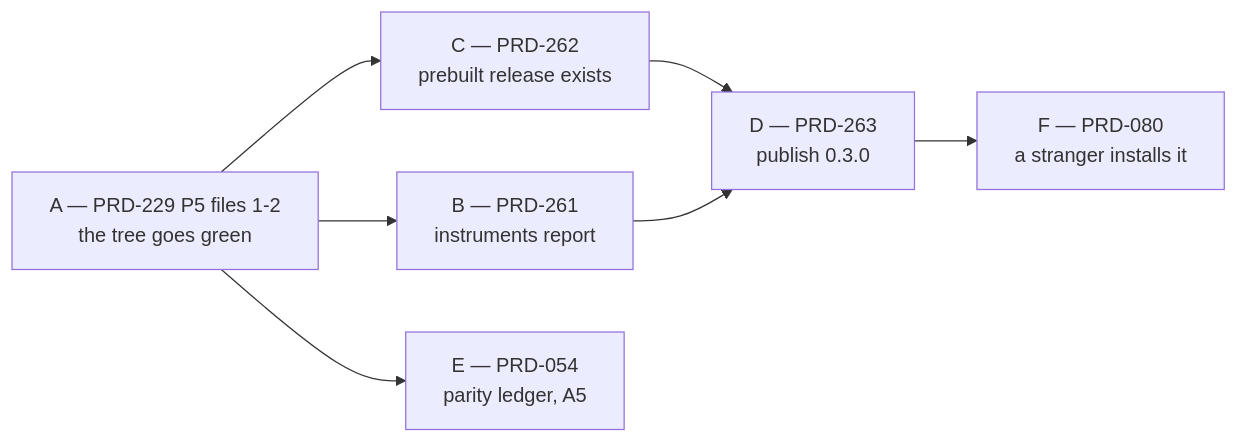
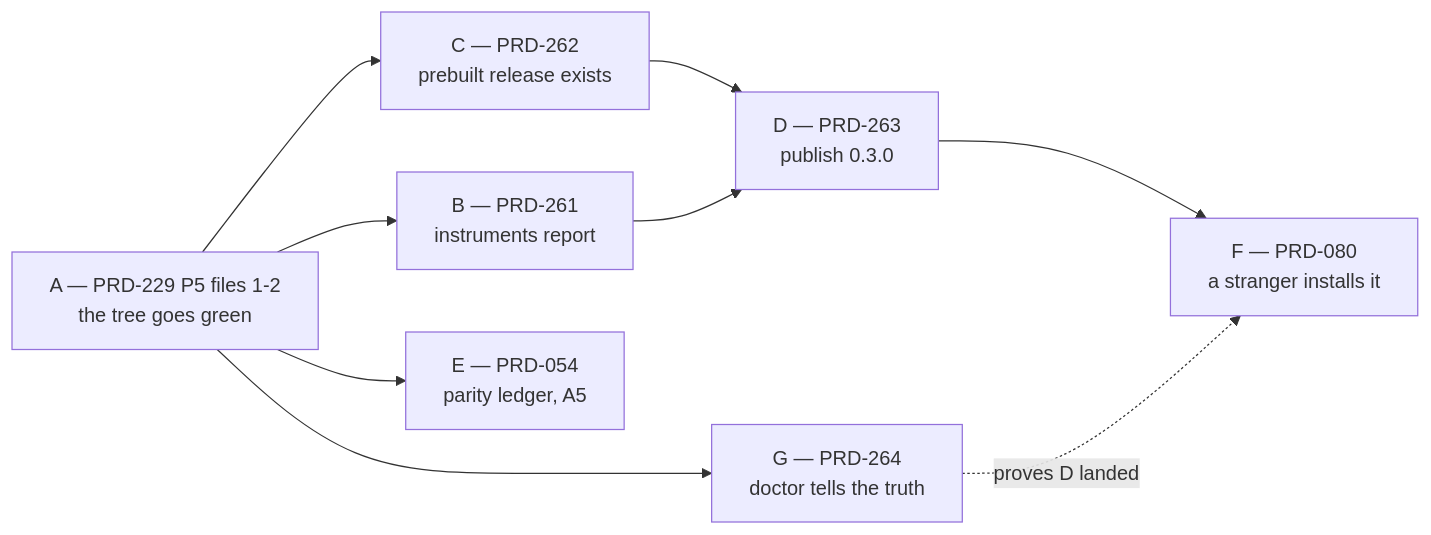
One commit to ThreeNativeHQ/threenative changed the diagram in docs/PRDs/batch-2026-08-29/README.md. Above: the diagram before and after it, drawn with Mermaid. The commit also changed other lines of this file and 2 other files, not shown here.

````diff
--- a/docs/PRDs/batch-2026-08-29/README.md
+++ b/docs/PRDs/batch-2026-08-29/README.md
@@ -99,9 +106,11 @@
 ```mermaid
 graph LR
   A["A — PRD-229 P5 files 1-2<br/>the tree goes green"] --> B["B — PRD-261<br/>instruments report"]
   A --> C["C — PRD-262<br/>prebuilt release exists"]
   C --> D["D — PRD-263<br/>publish 0.3.0"]
   B --> D
   D --> F["F — PRD-080<br/>a stranger installs it"]
   A --> E["E — PRD-054<br/>parity ledger, A5"]
+  A --> G["G — PRD-264<br/>doctor tells the truth"]
+  G -.->|"proves D landed"| F
 ```
````
